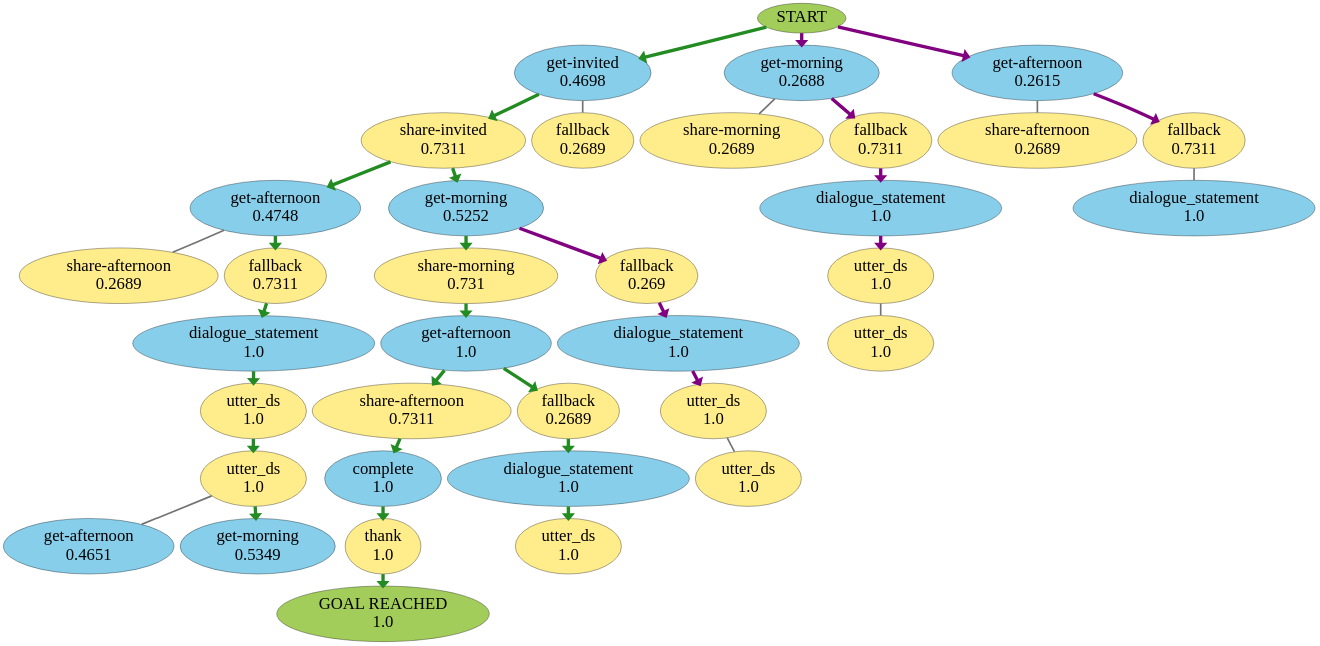
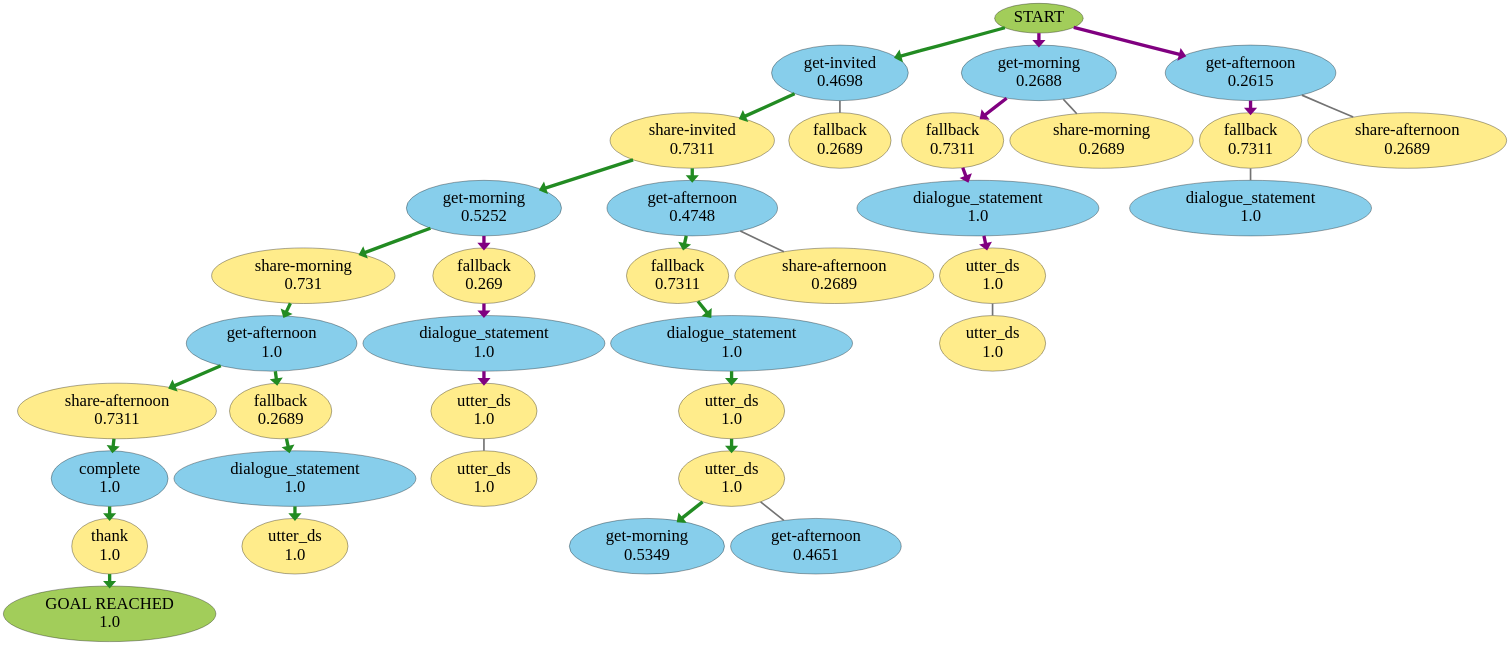
One commit to IBM/contingent-plan-executor changed the diagram in icaps_gold.gv. Above: the diagram before and after it, drawn with Graphviz. The commit also changed 4 other files, not shown here.

Commit message:
optimize some of the graph creation in beam search

```diff
--- a/icaps_gold.gv
+++ b/icaps_gold.gv
@@ -1,132 +1,132 @@
 strict digraph {
 	0 [label=START fillcolor=darkolivegreen3 fontsize=50 style=filled]
 	1 [label="get-invited
 0.4698" fillcolor=skyblue fontsize=50 style=filled]
 	0 -> 1 [arrowhead=normal color=purple penwidth=10.0]
 	2 [label="get-morning
 0.2688" fillcolor=skyblue fontsize=50 style=filled]
 	0 -> 2 [arrowhead=normal color=purple penwidth=10.0]
 	3 [label="get-afternoon
 0.2615" fillcolor=skyblue fontsize=50 style=filled]
 	0 -> 3 [arrowhead=normal color=purple penwidth=10.0]
 	4 [label="share-invited
 0.7311" fillcolor=lightgoldenrod1 fontsize=50 style=filled]
 	1 -> 4 [arrowhead=normal color=purple penwidth=10.0]
 	5 [label="fallback
 0.2689" fillcolor=lightgoldenrod1 fontsize=50 style=filled]
 	1 -> 5 [arrowhead=none color=grey45 penwidth=5.0]
-	6 [label="share-morning
+	6 [label="fallback
+0.7311" fillcolor=lightgoldenrod1 fontsize=50 style=filled]
+	2 -> 6 [arrowhead=normal color=purple penwidth=10.0]
+	7 [label="share-morning
 0.2689" fillcolor=lightgoldenrod1 fontsize=50 style=filled]
-	2 -> 6 [arrowhead=none color=grey45 penwidth=5.0]
-	7 [label="fallback
+	2 -> 7 [arrowhead=none color=grey45 penwidth=5.0]
+	8 [label="fallback
 0.7311" fillcolor=lightgoldenrod1 fontsize=50 style=filled]
-	2 -> 7 [arrowhead=normal color=purple penwidth=10.0]
-	8 [label="share-afternoon
+	3 -> 8 [arrowhead=normal color=purple penwidth=10.0]
+	9 [label="share-afternoon
 0.2689" fillcolor=lightgoldenrod1 fontsize=50 style=filled]
-	3 -> 8 [arrowhead=none color=grey45 penwidth=5.0]
-	9 [label="fallback
-0.7311" fillcolor=lightgoldenrod1 fontsize=50 style=filled]
-	3 -> 9 [arrowhead=normal color=purple penwidth=10.0]
-	10 [label="get-afternoon
+	3 -> 9 [arrowhead=none color=grey45 penwidth=5.0]
+	10 [label="get-morning
+0.5252" fillcolor=skyblue fontsize=50 style=filled]
+	4 -> 10 [arrowhead=normal color=purple penwidth=10.0]
+	11 [label="get-afternoon
 0.4748" fillcolor=skyblue fontsize=50 style=filled]
-	4 -> 10 [arrowhead=normal color=purple penwidth=10.0]
-	11 [label="get-morning
-0.5252" fillcolor=skyblue fontsize=50 style=filled]
 	4 -> 11 [arrowhead=normal color=purple penwidth=10.0]
 	12 [label="dialogue_statement
 1.0" fillcolor=skyblue fontsize=50 style=filled]
-	7 -> 12 [arrowhead=normal color=purple penwidth=10.0]
+	6 -> 12 [arrowhead=normal color=purple penwidth=10.0]
 	13 [label="dialogue_statement
 1.0" fillcolor=skyblue fontsize=50 style=filled]
-	9 -> 13 [arrowhead=none color=grey45 penwidth=5.0]
+	8 -> 13 [arrowhead=none color=grey45 penwidth=5.0]
 	14 [label="utter_ds
 1.0" fillcolor=lightgoldenrod1 fontsize=50 style=filled]
 	12 -> 14 [arrowhead=normal color=purple penwidth=10.0]
 	15 [label="share-morning
 0.731" fillcolor=lightgoldenrod1 fontsize=50 style=filled]
-	11 -> 15 [arrowhead=normal color=purple penwidth=10.0]
+	10 -> 15 [arrowhead=normal color=purple penwidth=10.0]
 	16 [label="fallback
 0.269" fillcolor=lightgoldenrod1 fontsize=50 style=filled]
-	11 -> 16 [arrowhead=normal color=purple penwidth=10.0]
-	17 [label="share-afternoon
+	10 -> 16 [arrowhead=normal color=purple penwidth=10.0]
+	17 [label="fallback
+0.7311" fillcolor=lightgoldenrod1 fontsize=50 style=filled]
+	11 -> 17 [arrowhead=normal color=purple penwidth=10.0]
+	18 [label="share-afternoon
 0.2689" fillcolor=lightgoldenrod1 fontsize=50 style=filled]
-	10 -> 17 [arrowhead=none color=grey45 penwidth=5.0]
-	18 [label="fallback
-0.7311" fillcolor=lightgoldenrod1 fontsize=50 style=filled]
-	10 -> 18 [arrowhead=normal color=purple penwidth=10.0]
+	11 -> 18 [arrowhead=none color=grey45 penwidth=5.0]
 	19 [label="utter_ds
 1.0" fillcolor=lightgoldenrod1 fontsize=50 style=filled]
 	14 -> 19 [arrowhead=none color=grey45 penwidth=5.0]
 	20 [label="get-afternoon
 1.0" fillcolor=skyblue fontsize=50 style=filled]
 	15 -> 20 [arrowhead=normal color=purple penwidth=10.0]
 	21 [label="dialogue_statement
 1.0" fillcolor=skyblue fontsize=50 style=filled]
-	18 -> 21 [arrowhead=normal color=purple penwidth=10.0]
+	17 -> 21 [arrowhead=normal color=purple penwidth=10.0]
 	22 [label="dialogue_statement
 1.0" fillcolor=skyblue fontsize=50 style=filled]
 	16 -> 22 [arrowhead=normal color=purple penwidth=10.0]
 	23 [label="utter_ds
 1.0" fillcolor=lightgoldenrod1 fontsize=50 style=filled]
 	21 -> 23 [arrowhead=normal color=purple penwidth=10.0]
 	24 [label="utter_ds
 1.0" fillcolor=lightgoldenrod1 fontsize=50 style=filled]
 	22 -> 24 [arrowhead=normal color=purple penwidth=10.0]
 	25 [label="share-afternoon
 0.7311" fillcolor=lightgoldenrod1 fontsize=50 style=filled]
 	20 -> 25 [arrowhead=normal color=purple penwidth=10.0]
 	26 [label="fallback
 0.2689" fillcolor=lightgoldenrod1 fontsize=50 style=filled]
 	20 -> 26 [arrowhead=normal color=purple penwidth=10.0]
 	27 [label="utter_ds
 1.0" fillcolor=lightgoldenrod1 fontsize=50 style=filled]
 	23 -> 27 [arrowhead=normal color=purple penwidth=10.0]
 	28 [label="utter_ds
 1.0" fillcolor=lightgoldenrod1 fontsize=50 style=filled]
 	24 -> 28 [arrowhead=none color=grey45 penwidth=5.0]
 	29 [label="complete
 1.0" fillcolor=skyblue fontsize=50 style=filled]
 	25 -> 29 [arrowhead=normal color=purple penwidth=10.0]
 	30 [label="dialogue_statement
 1.0" fillcolor=skyblue fontsize=50 style=filled]
 	26 -> 30 [arrowhead=normal color=purple penwidth=10.0]
-	31 [label="get-afternoon
+	31 [label="get-morning
+0.5349" fillcolor=skyblue fontsize=50 style=filled]
+	27 -> 31 [arrowhead=normal color=purple penwidth=10.0]
+	32 [label="get-afternoon
 0.4651" fillcolor=skyblue fontsize=50 style=filled]
-	27 -> 31 [arrowhead=none color=grey45 penwidth=5.0]
-	32 [label="get-morning
-0.5349" fillcolor=skyblue fontsize=50 style=filled]
-	27 -> 32 [arrowhead=normal color=purple penwidth=10.0]
+	27 -> 32 [arrowhead=none color=grey45 penwidth=5.0]
 	33 [label="thank
 1.0" fillcolor=lightgoldenrod1 fontsize=50 style=filled]
 	29 -> 33 [arrowhead=normal color=purple penwidth=10.0]
 	34 [label="utter_ds
 1.0" fillcolor=lightgoldenrod1 fontsize=50 style=filled]
 	30 -> 34 [arrowhead=normal color=purple penwidth=10.0]
 	35 [label="GOAL REACHED
 1.0" fillcolor=darkolivegreen3 fontsize=50 style=filled]
 	33 -> 35 [color=forestgreen penwidth=10.0]
 	0 -> 1 [arrowhead=normal color=forestgreen penwidth=10.0]
 	1 -> 4 [arrowhead=normal color=forestgreen penwidth=10.0]
-	4 -> 11 [arrowhead=normal color=forestgreen penwidth=10.0]
-	11 -> 15 [arrowhead=normal color=forestgreen penwidth=10.0]
+	4 -> 10 [arrowhead=normal color=forestgreen penwidth=10.0]
+	10 -> 15 [arrowhead=normal color=forestgreen penwidth=10.0]
 	15 -> 20 [arrowhead=normal color=forestgreen penwidth=10.0]
 	20 -> 25 [arrowhead=normal color=forestgreen penwidth=10.0]
 	25 -> 29 [arrowhead=normal color=forestgreen penwidth=10.0]
 	29 -> 33 [arrowhead=normal color=forestgreen penwidth=10.0]
 	0 -> 1 [arrowhead=normal color=forestgreen penwidth=10.0]
 	1 -> 4 [arrowhead=normal color=forestgreen penwidth=10.0]
-	4 -> 11 [arrowhead=normal color=forestgreen penwidth=10.0]
-	11 -> 15 [arrowhead=normal color=forestgreen penwidth=10.0]
+	4 -> 10 [arrowhead=normal color=forestgreen penwidth=10.0]
+	10 -> 15 [arrowhead=normal color=forestgreen penwidth=10.0]
 	15 -> 20 [arrowhead=normal color=forestgreen penwidth=10.0]
 	20 -> 26 [arrowhead=normal color=forestgreen penwidth=10.0]
 	26 -> 30 [arrowhead=normal color=forestgreen penwidth=10.0]
 	30 -> 34 [arrowhead=normal color=forestgreen penwidth=10.0]
 	0 -> 1 [arrowhead=normal color=forestgreen penwidth=10.0]
 	1 -> 4 [arrowhead=normal color=forestgreen penwidth=10.0]
-	4 -> 10 [arrowhead=normal color=forestgreen penwidth=10.0]
-	10 -> 18 [arrowhead=normal color=forestgreen penwidth=10.0]
-	18 -> 21 [arrowhead=normal color=forestgreen penwidth=10.0]
+	4 -> 11 [arrowhead=normal color=forestgreen penwidth=10.0]
+	11 -> 17 [arrowhead=normal color=forestgreen penwidth=10.0]
+	17 -> 21 [arrowhead=normal color=forestgreen penwidth=10.0]
 	21 -> 23 [arrowhead=normal color=forestgreen penwidth=10.0]
 	23 -> 27 [arrowhead=normal color=forestgreen penwidth=10.0]
-	27 -> 32 [arrowhead=normal color=forestgreen penwidth=10.0]
+	27 -> 31 [arrowhead=normal color=forestgreen penwidth=10.0]
 }
```
